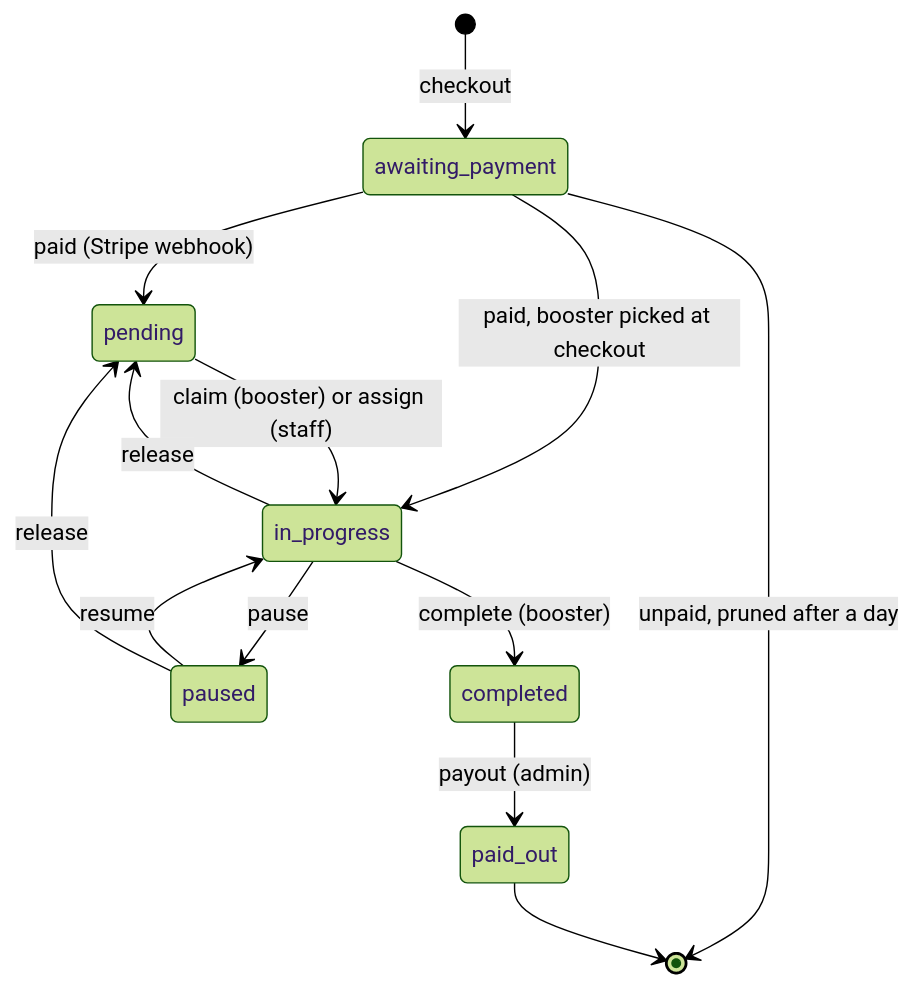
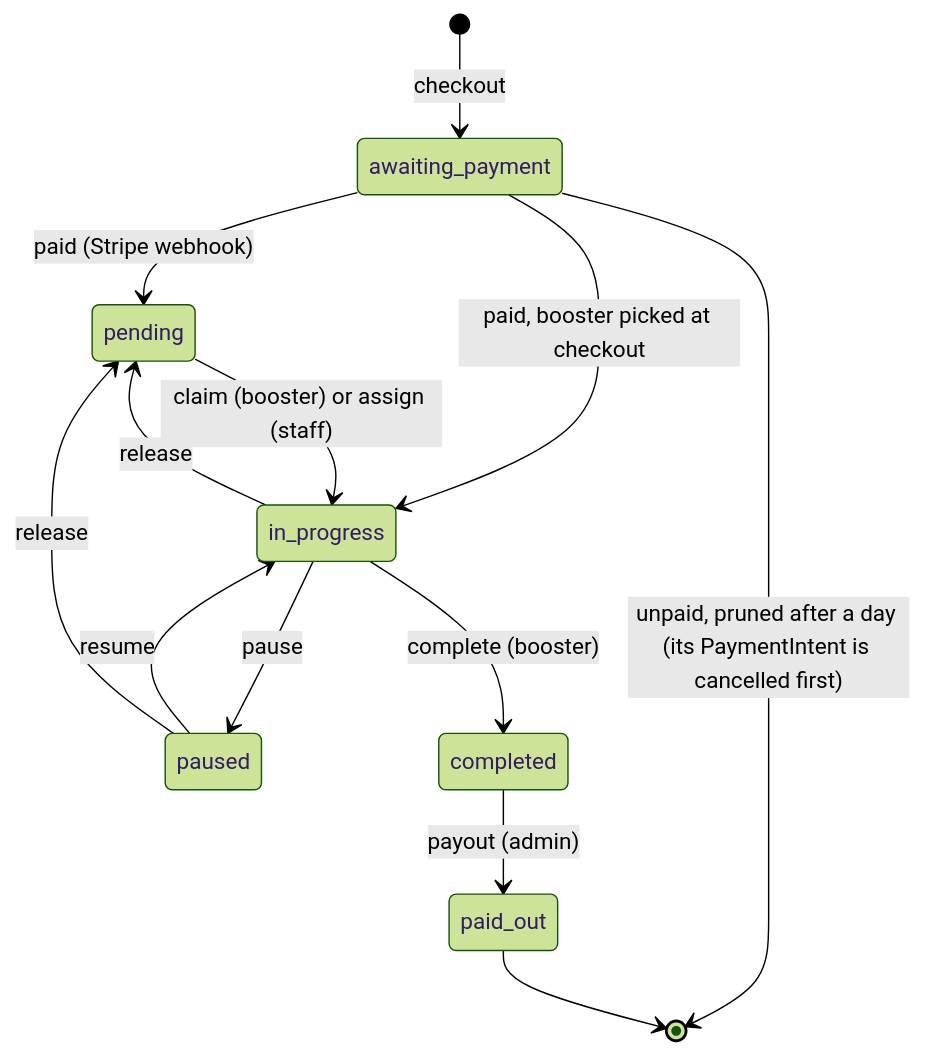
The second of 2 diagrams in README.md (CaddyDz/KingBoosting), drawn with Mermaid (forest theme) before and after one commit. The commit also changed other lines of this file and 20 other files, not shown here.

````diff
--- a/README.md
+++ b/README.md
@@ -78,15 +78,15 @@
 ```mermaid
 stateDiagram-v2
     [*] --> awaiting_payment: checkout
     awaiting_payment --> pending: paid (Stripe webhook)
     awaiting_payment --> in_progress: paid, booster picked at checkout
-    awaiting_payment --> [*]: unpaid, pruned after a day
+    awaiting_payment --> [*]: unpaid, pruned after a day (its PaymentIntent is cancelled first)
     pending --> in_progress: claim (booster) or assign (staff)
     in_progress --> paused: pause
     paused --> in_progress: resume
     in_progress --> pending: release
     paused --> pending: release
     in_progress --> completed: complete (booster)
     completed --> paid_out: payout (admin)
     paid_out --> [*]
 ```
````
